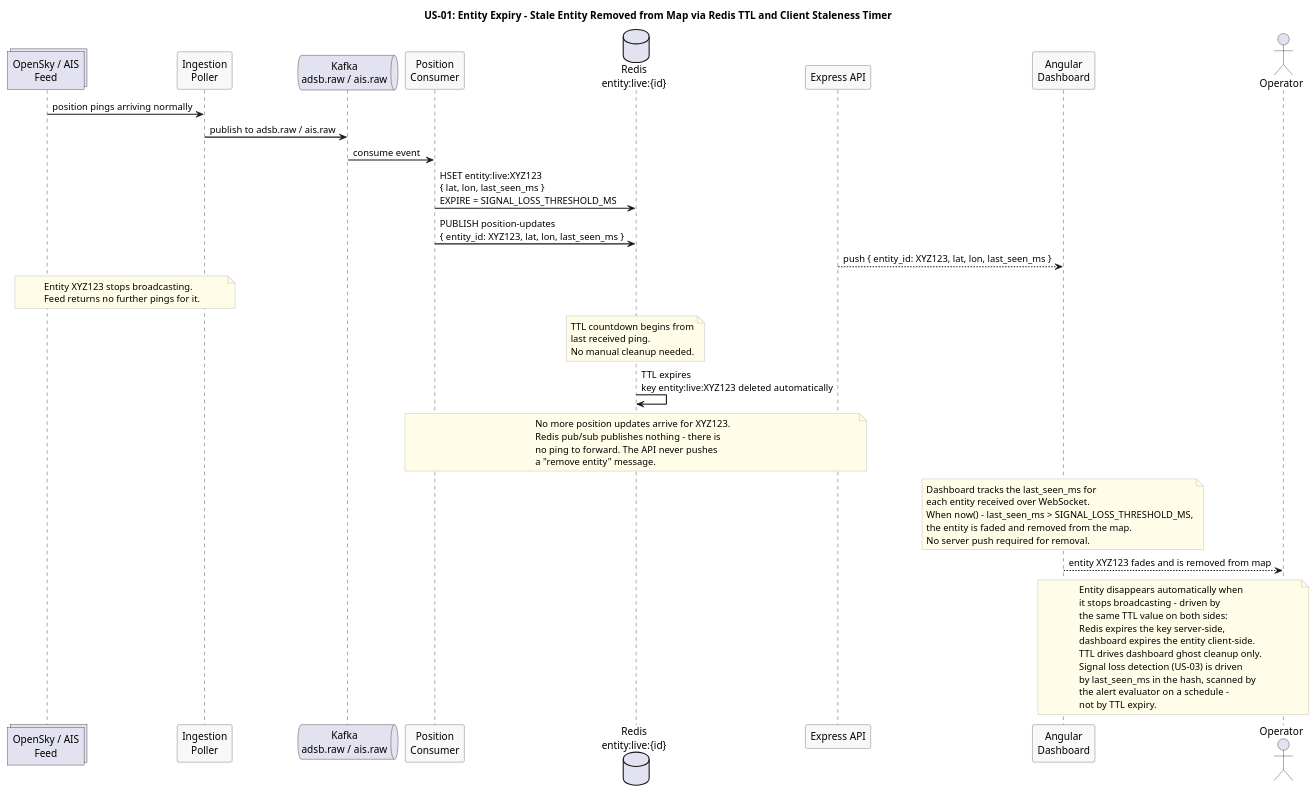
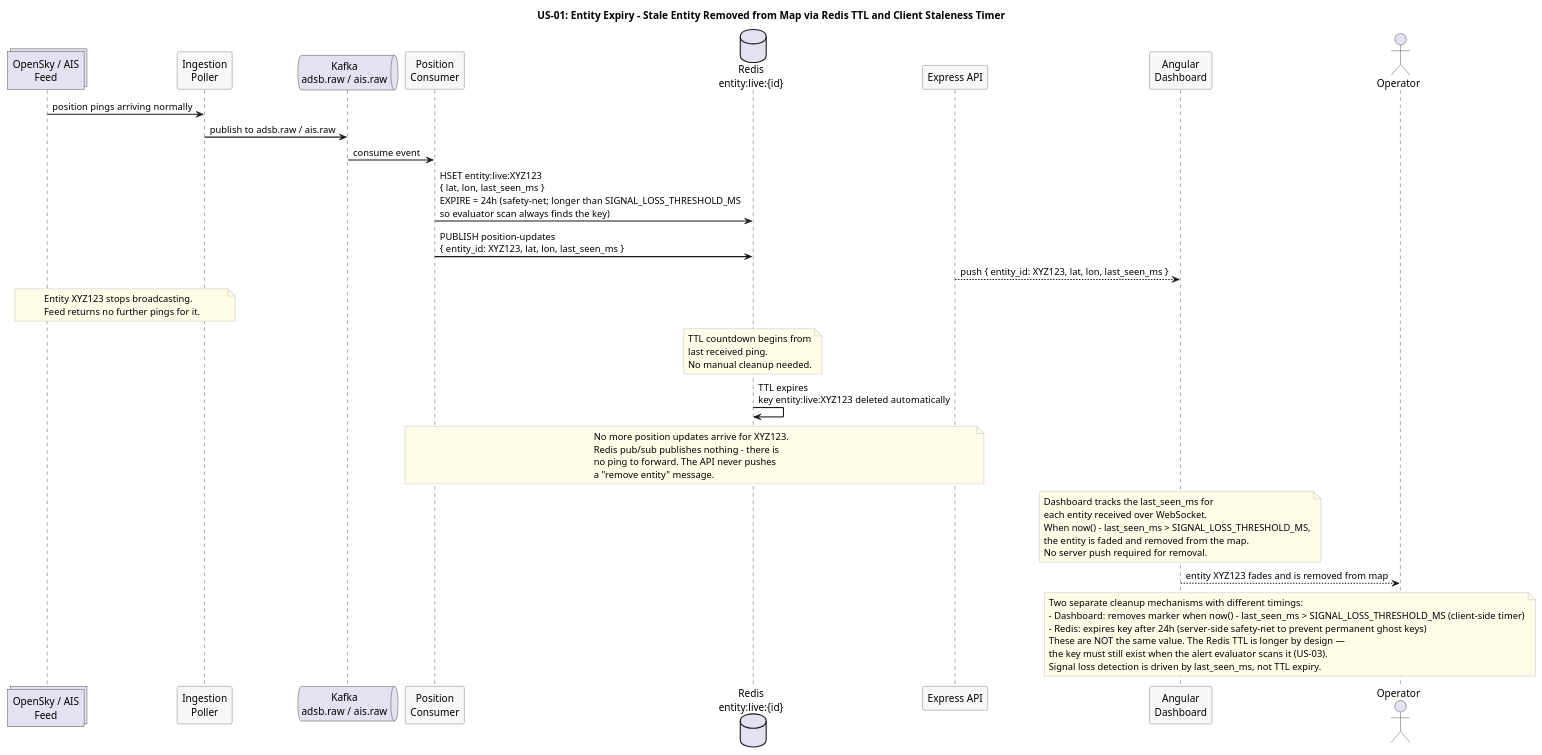
Before and after one commit to Buffden/sentinel: the diagram in docs/use-cases/US-01-live-entity-tracking/entity-expiry.puml, drawn with PlantUML. The commit also changed 14 other files, not shown here.

Commit message:
fix pre-implementation design gaps Signal-loss TTL race: entity:live:{id} O(n²) proximity: correlation worker was scanning all entity:live:* keys for pairwise comparison.

```diff
--- a/docs/use-cases/US-01-live-entity-tracking/entity-expiry.puml
+++ b/docs/use-cases/US-01-live-entity-tracking/entity-expiry.puml
@@ -1,69 +1,65 @@
 @startuml entity-expiry
 title US-01: Entity Expiry - Stale Entity Removed from Map via Redis TTL and Client Staleness Timer
 
 skinparam sequenceArrowThickness 1.5
 skinparam participantBorderColor #555555
 skinparam participantBackgroundColor #F8F8F8
 skinparam noteBorderColor #AAAAAA
 skinparam noteBackgroundColor #FFFDE7
 
 collections "OpenSky / AIS\nFeed" as Feed
 participant "Ingestion\nPoller" as Poller
 queue "Kafka\nadsb.raw / ais.raw" as Kafka
 participant "Position\nConsumer" as Consumer
 database "Redis\nentity:live:{id}" as Redis
 participant "Express API" as API
 participant "Angular\nDashboard" as Dashboard
 actor Operator
 
 Feed -> Poller : position pings arriving normally
 Poller -> Kafka : publish to adsb.raw / ais.raw
 Kafka -> Consumer : consume event
-Consumer -> Redis : HSET entity:live:XYZ123\n{ lat, lon, last_seen_ms }\nEXPIRE = SIGNAL_LOSS_THRESHOLD_MS
+Consumer -> Redis : HSET entity:live:XYZ123\n{ lat, lon, last_seen_ms }\nEXPIRE = 24h (safety-net; longer than SIGNAL_LOSS_THRESHOLD_MS\nso evaluator scan always finds the key)
 Consumer -> Redis : PUBLISH position-updates\n{ entity_id: XYZ123, lat, lon, last_seen_ms }
 API --> Dashboard : push { entity_id: XYZ123, lat, lon, last_seen_ms }
 
 note over Feed, Poller
   Entity XYZ123 stops broadcasting.
   Feed returns no further pings for it.
 end note
 
 note over Redis
   TTL countdown begins from
   last received ping.
   No manual cleanup needed.
 end note
 
 Redis -> Redis : TTL expires\nkey entity:live:XYZ123 deleted automatically
 
 note over Consumer, API
   No more position updates arrive for XYZ123.
   Redis pub/sub publishes nothing - there is
   no ping to forward. The API never pushes
   a "remove entity" message.
 end note
 
 note over Dashboard
   Dashboard tracks the last_seen_ms for
   each entity received over WebSocket.
   When now() - last_seen_ms > SIGNAL_LOSS_THRESHOLD_MS,
   the entity is faded and removed from the map.
   No server push required for removal.
 end note
 
 Dashboard --> Operator : entity XYZ123 fades and is removed from map
 
 note over Dashboard, Operator
-  Entity disappears automatically when
-  it stops broadcasting - driven by
-  the same TTL value on both sides:
-  Redis expires the key server-side,
-  dashboard expires the entity client-side.
-  TTL drives dashboard ghost cleanup only.
-  Signal loss detection (US-03) is driven
-  by last_seen_ms in the hash, scanned by
-  the alert evaluator on a schedule -
-  not by TTL expiry.
+  Two separate cleanup mechanisms with different timings:
+  - Dashboard: removes marker when now() - last_seen_ms > SIGNAL_LOSS_THRESHOLD_MS (client-side timer)
+  - Redis: expires key after 24h (server-side safety-net to prevent permanent ghost keys)
+  These are NOT the same value. The Redis TTL is longer by design —
+  the key must still exist when the alert evaluator scans it (US-03).
+  Signal loss detection is driven by last_seen_ms, not TTL expiry.
 end note
 
 @enduml
```
